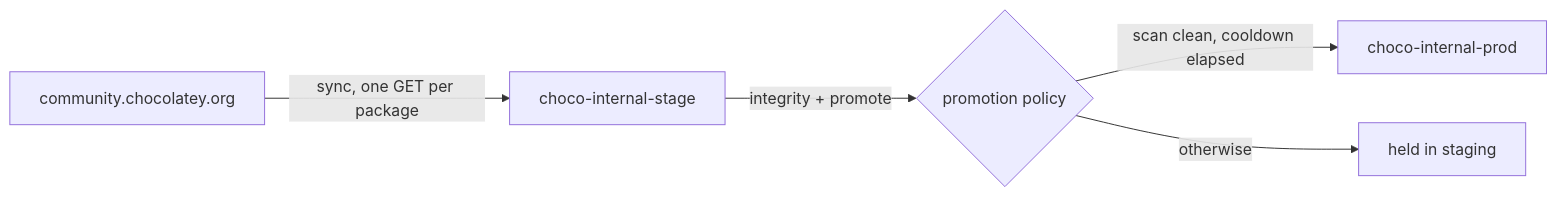
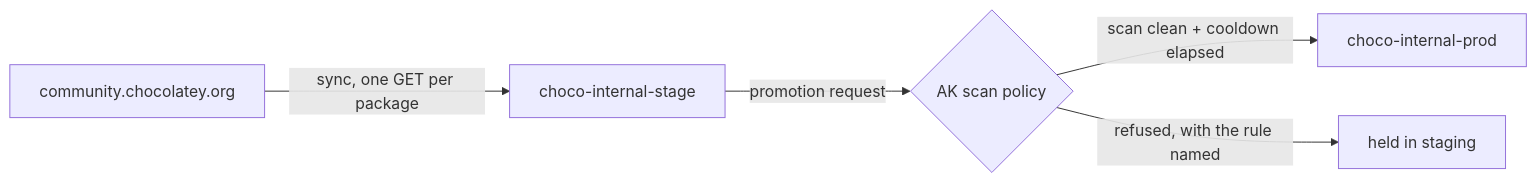
The diagram in README.md (Myrenic/choco-internalizer), drawn with Mermaid before and after one commit. The commit also changed other lines of this file and 2 other files, not shown here.

First line of the commit message:
Drop the CI gate: the release gate is an Artifact Keeper scan policy

````diff
--- a/README.md
+++ b/README.md
@@ -73,7 +73,7 @@
 ```mermaid
 flowchart LR
   C[community.chocolatey.org] -->|sync, one GET per package| S[choco-internal-stage]
-  S -->|integrity + promote| G{promotion policy}
-  G -->|scan clean, cooldown elapsed| P[choco-internal-prod]
-  G -->|otherwise| H[held in staging]
+  S -->|promotion request| G{AK scan policy}
+  G -->|scan clean + cooldown elapsed| P[choco-internal-prod]
+  G -->|refused, with the rule named| H[held in staging]
 ```
````
